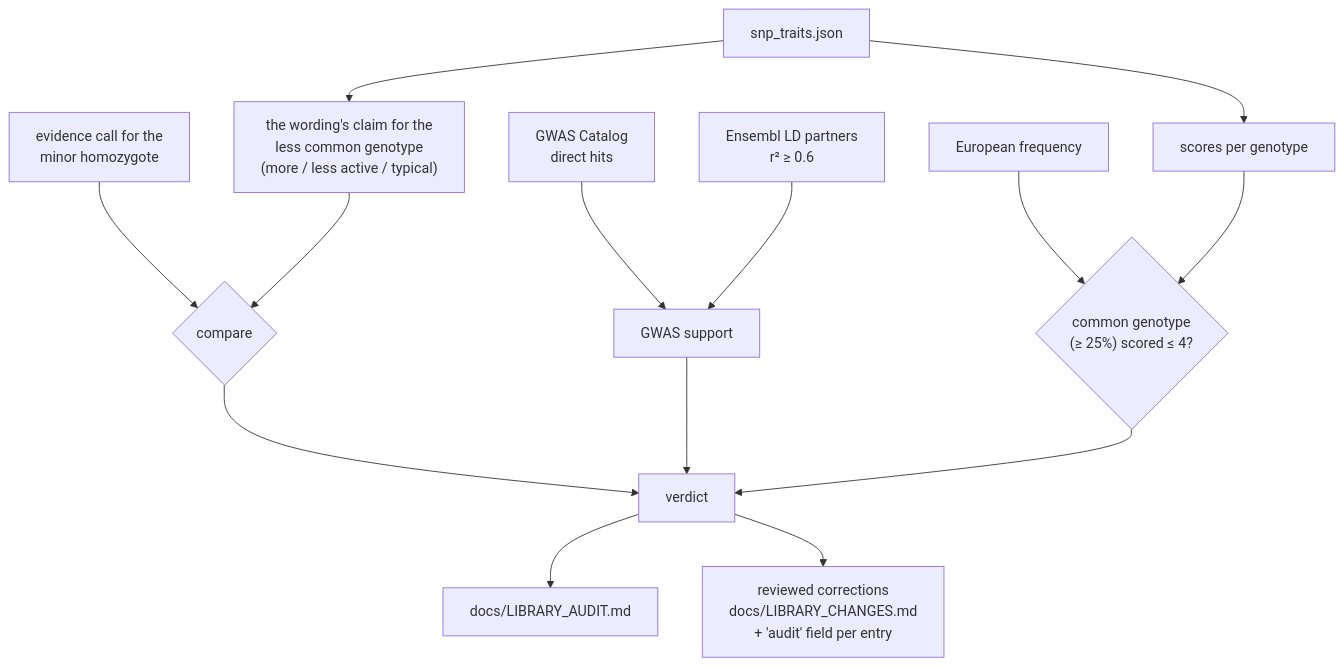
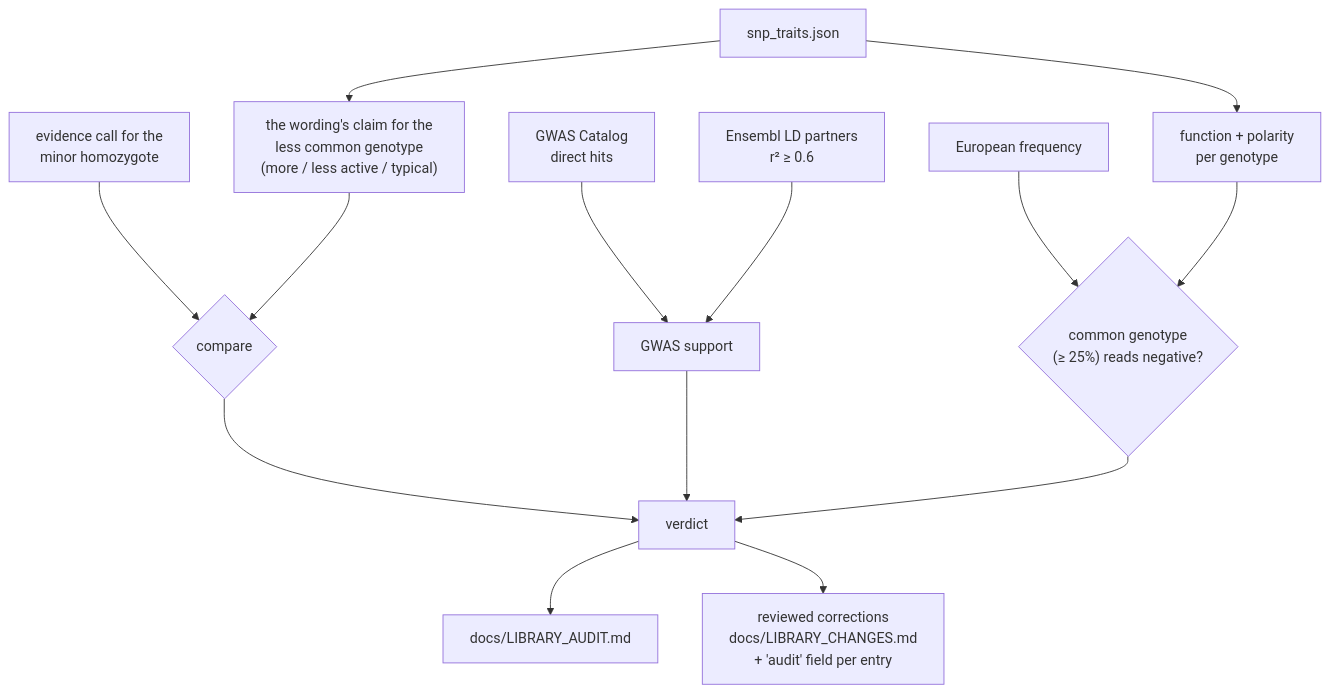
The fourth of 4 diagrams in docs/architecture/evidence.md (Lyceriuss/DNA-Analyzer), drawn with Mermaid before and after one commit. The commit also changed other lines of this file and 68 other files, not shown here.

````diff
--- a/docs/architecture/evidence.md
+++ b/docs/architecture/evidence.md
@@ -59,14 +91,14 @@
 ```mermaid
 flowchart TB
     LIB["snp_traits.json"] --> CLAIM["the wording's claim for the<br/>less common genotype<br/>(more / less active / typical)"]
-    LIB --> SC["scores per genotype"]
+    LIB --> SC["function + polarity<br/>per genotype"]
     EVC["evidence call for the<br/>minor homozygote"] --> CMP
     CLAIM --> CMP{"compare"}
     GW["GWAS Catalog<br/>direct hits"] --> SUP
     LD["Ensembl LD partners<br/>r² ≥ 0.6"] --> SUP["GWAS support"]
-    VEPF["European frequency"] --> COMMON{"common genotype<br/>(≥ 25%) scored ≤ 4?"}
+    VEPF["European frequency"] --> COMMON{"common genotype<br/>(≥ 25%) reads negative?"}
     SC --> COMMON
     CMP & SUP & COMMON --> V["verdict"]
     V --> MD["docs/LIBRARY_AUDIT.md"]
     V --> CH["reviewed corrections<br/>docs/LIBRARY_CHANGES.md<br/>+ 'audit' field per entry"]
 ```
````
